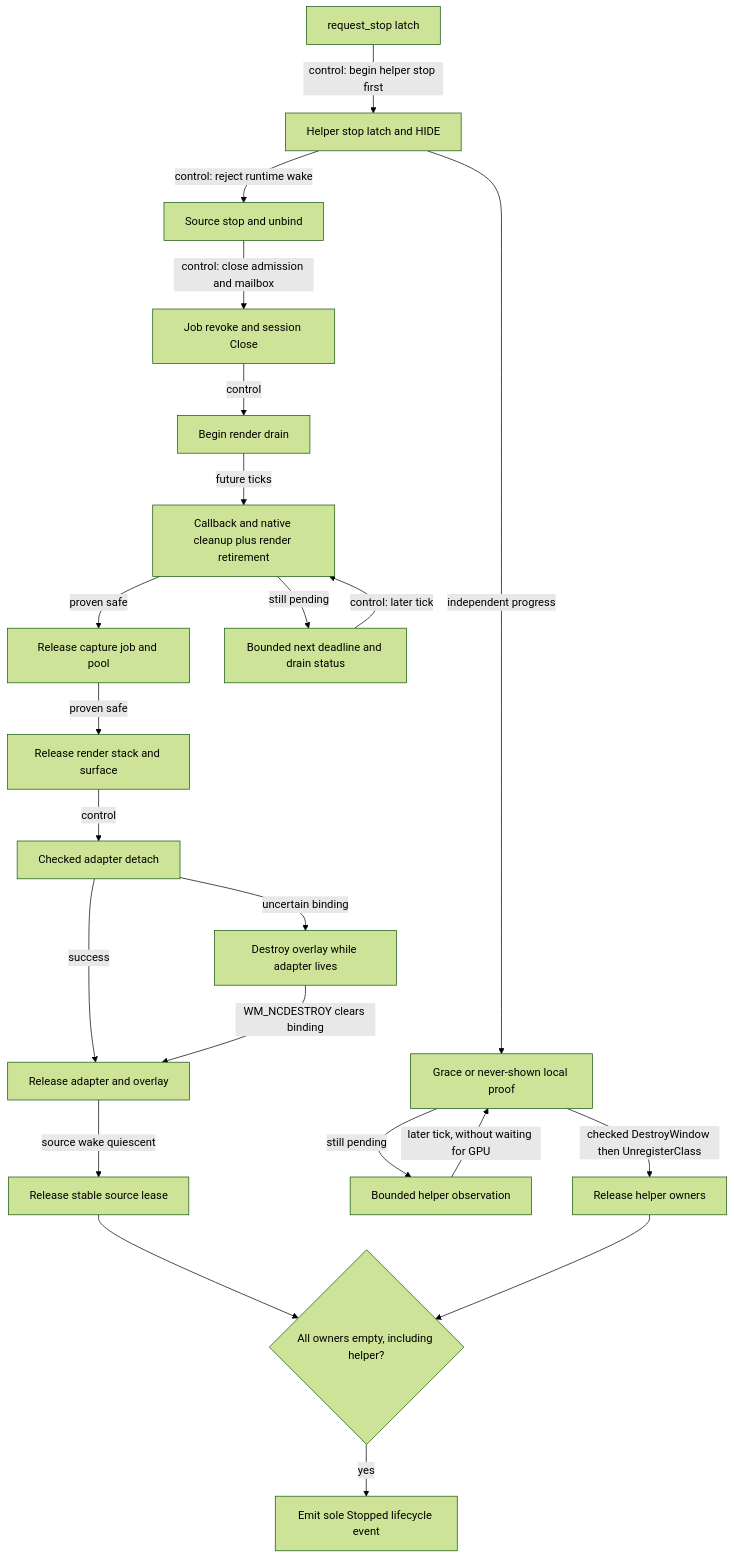
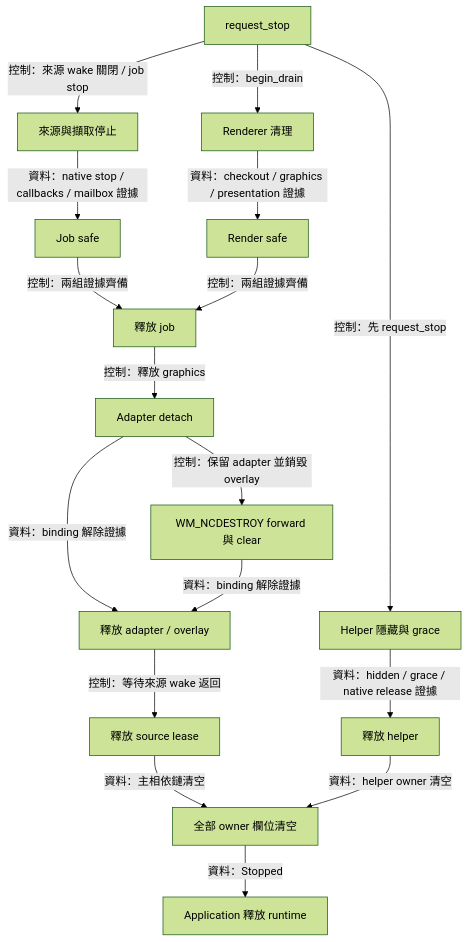
The seventh of 17 diagrams in docs/architecture/windows-runtime-overlay.md (Mes0903/avb0795), drawn with Mermaid (forest theme) before and after one commit. The commit also changed other lines of this file and 156 other files, not shown here.

````diff
--- a/docs/architecture/windows-runtime-overlay.md
+++ b/docs/architecture/windows-runtime-overlay.md
@@ -141,24 +247,19 @@
 ```mermaid
 flowchart TD
-    Stop[request_stop latch] -->|control: begin helper stop first| HelperStop[Helper stop latch and HIDE]
-    HelperStop -->|independent progress| HelperProof[Grace or never-shown local proof]
-    HelperProof -->|checked DestroyWindow then UnregisterClass| ReleaseHelper[Release helper owners]
-    HelperProof -->|still pending| HelperPoll[Bounded helper observation]
-    HelperPoll -->|later tick, without waiting for GPU| HelperProof
-    HelperStop -->|control: reject runtime wake| SourceStop[Source stop and unbind]
-    SourceStop -->|control: close admission and mailbox| JobStop[Job revoke and session Close]
-    JobStop -->|control| RenderDrain[Begin render drain]
-    RenderDrain -->|future ticks| Proof[Callback and native cleanup plus render retirement]
-    Proof -->|proven safe| ReleaseJob[Release capture job and pool]
-    ReleaseJob -->|proven safe| ReleaseRender[Release render stack and surface]
-    ReleaseRender -->|control| Detach[Checked adapter detach]
-    Detach -->|success| ReleaseWindow[Release adapter and overlay]
-    Detach -->|uncertain binding| DestroyWindow[Destroy overlay while adapter lives]
-    DestroyWindow -->|WM_NCDESTROY clears binding| ReleaseWindow
-    ReleaseWindow -->|source wake quiescent| ReleaseSource[Release stable source lease]
-    ReleaseSource --> Owners{"All owners empty, including helper?"}
-    ReleaseHelper --> Owners
-    Owners -->|yes| Stopped[Emit sole Stopped lifecycle event]
-    Proof -->|still pending| Poll[Bounded next deadline and drain status]
-    Poll -->|control: later tick| Proof
+    Stop[request_stop] -->|控制：先 request_stop| Helper[Helper 隱藏與 grace]
+    Stop -->|控制：來源 wake 關閉 / job stop| Capture[來源與擷取停止]
+    Stop -->|控制：begin_drain| Render[Renderer 清理]
+    Capture -->|資料：native stop / callbacks / mailbox 證據| JobProof[Job safe]
+    Render -->|資料：checkout / graphics / presentation 證據| RenderProof[Render safe]
+    JobProof -->|控制：兩組證據齊備| ReleaseJob[釋放 job]
+    RenderProof -->|控制：兩組證據齊備| ReleaseJob
+    ReleaseJob -->|控制：釋放 graphics| Detach[Adapter detach]
+    Detach -->|資料：binding 解除證據| ReleaseWindow[釋放 adapter / overlay]
+    Detach -->|控制：保留 adapter 並銷毀 overlay| Destroy[WM_NCDESTROY forward 與 clear]
+    Destroy -->|資料：binding 解除證據| ReleaseWindow
+    ReleaseWindow -->|控制：等待來源 wake 返回| ReleaseSource[釋放 source lease]
+    Helper -->|資料：hidden / grace / native release 證據| ReleaseHelper[釋放 helper]
+    ReleaseSource -->|資料：主相依鏈清空| Empty[全部 owner 欄位清空]
+    ReleaseHelper -->|資料：helper owner 清空| Empty
+    Empty -->|資料：Stopped| App[Application 釋放 runtime]
 ```
````
